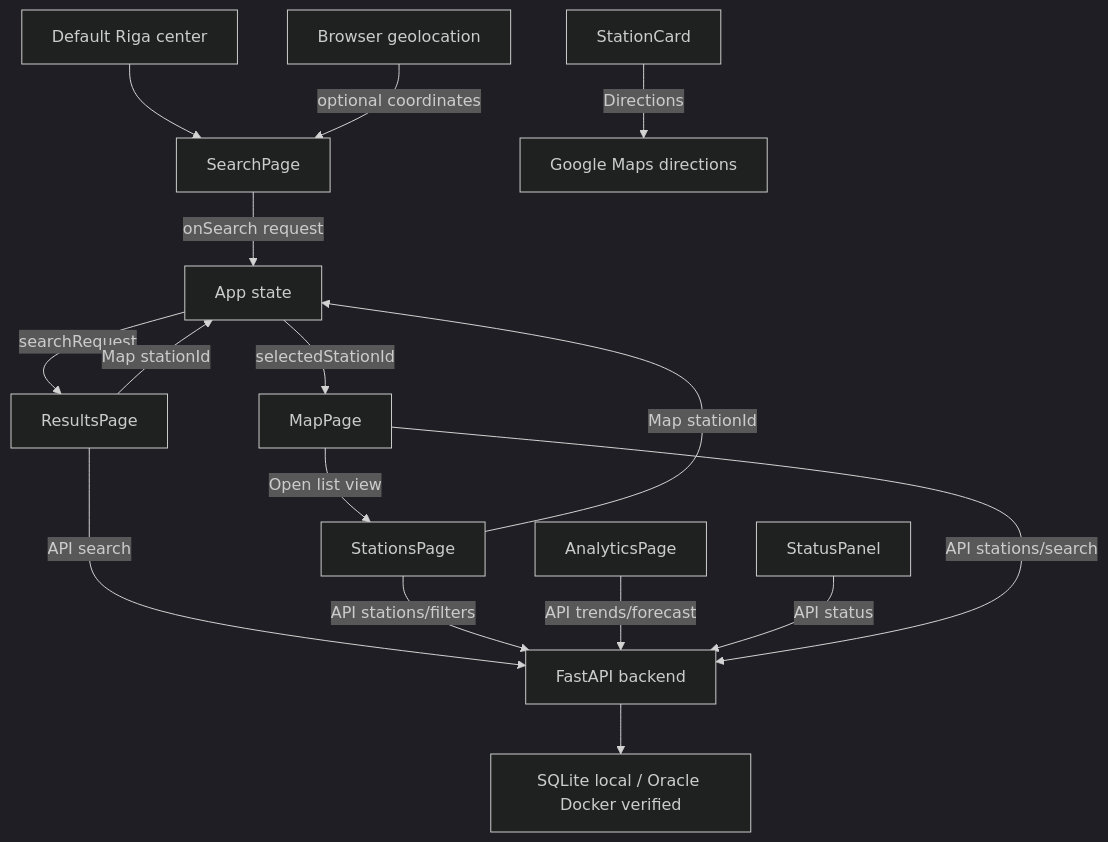
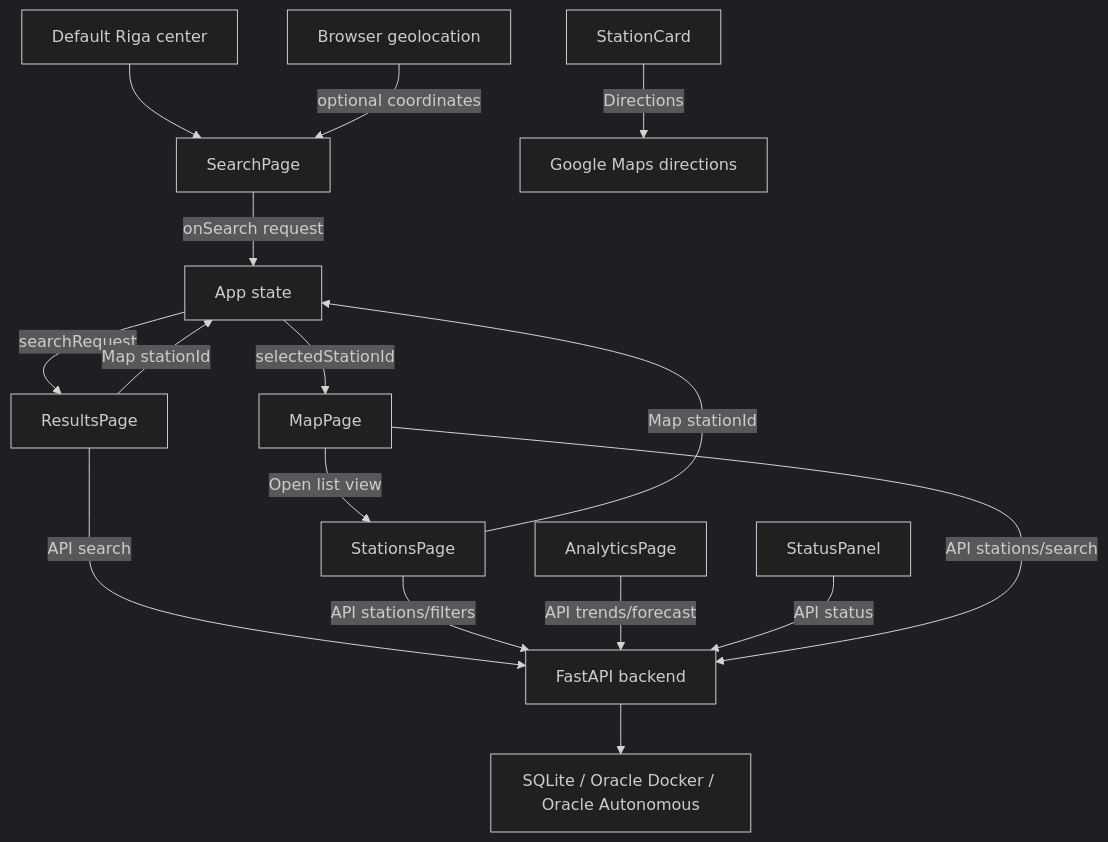
One commit to Arthemisto/FuelFinder changed the first of 2 diagrams in PAGE_FLOW.md. Above: the diagram before and after it, drawn with Mermaid (dark theme). The commit also changed other lines of this file and 7 other files, not shown here.

````diff
--- a/PAGE_FLOW.md
+++ b/PAGE_FLOW.md
@@ -243,18 +252,18 @@
 ```mermaid
 flowchart TD
   DefaultRiga["Default Riga center"] --> SearchPage
   BrowserGeolocation["Browser geolocation"] -->|optional coordinates| SearchPage
   SearchPage["SearchPage"] -->|onSearch request| App["App state"]
   App -->|searchRequest| ResultsPage
   ResultsPage -->|API search| Backend["FastAPI backend"]
   StationsPage -->|API stations/filters| Backend
   AnalyticsPage -->|API trends/forecast| Backend
   StatusPanel -->|API status| Backend
   MapPage -->|API stations/search| Backend
-  Backend --> Database["SQLite local / Oracle Docker verified"]
+  Backend --> Database["SQLite / Oracle Docker / Oracle Autonomous"]
   ResultsPage -->|Map stationId| App
   StationsPage -->|Map stationId| App
   App -->|selectedStationId| MapPage
   MapPage -->|Open list view| StationsPage
   StationCard -->|Directions| GoogleMaps["Google Maps directions"]
 ```
````
